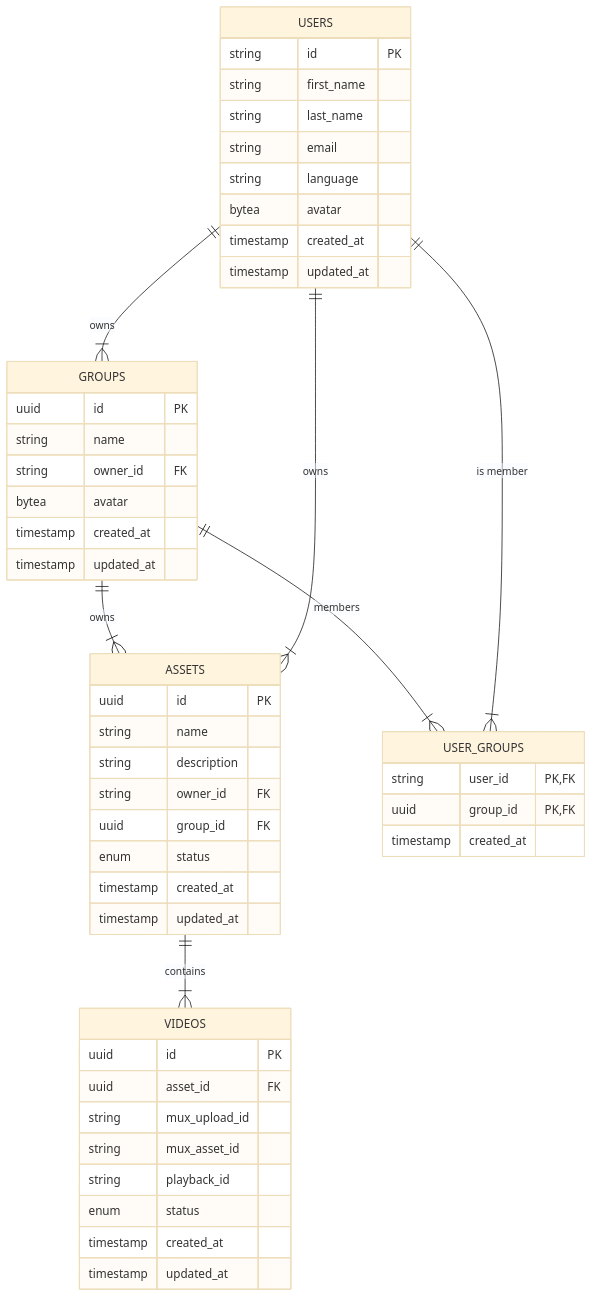
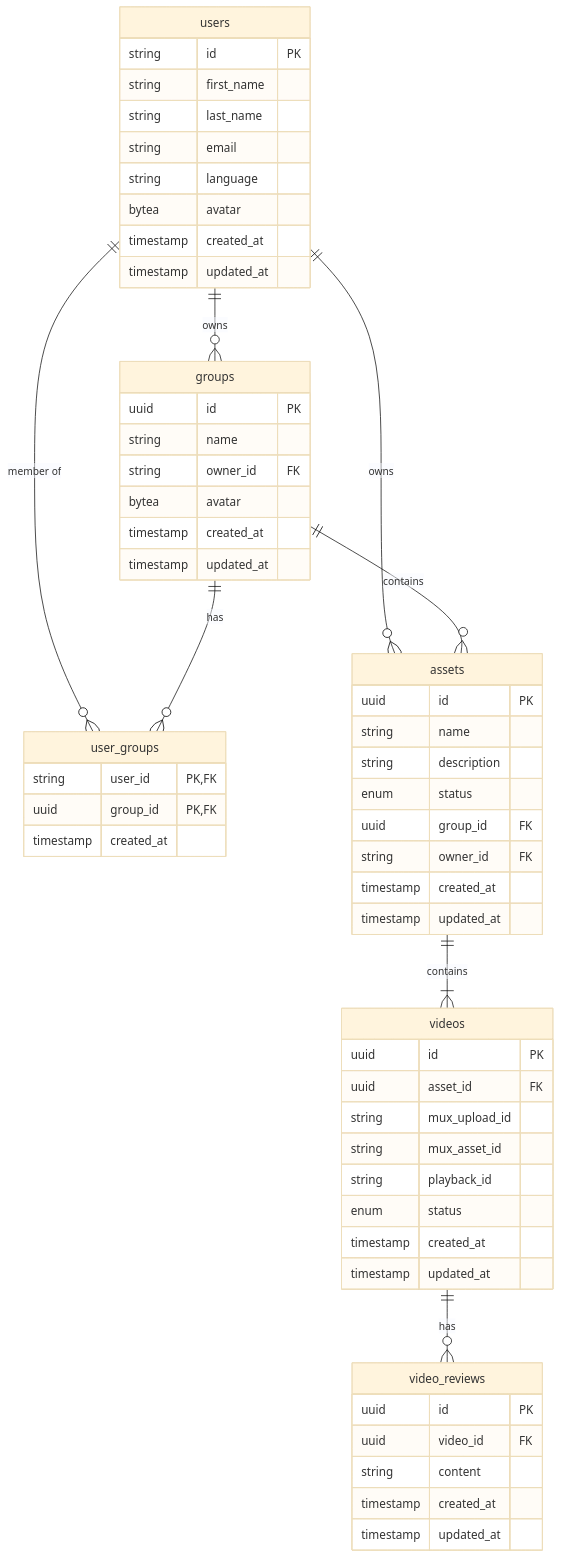
Before and after one commit to OZIOisgood/zeta: the fourth of 4 diagrams in README.md, drawn with Mermaid (base theme). The commit also changed other lines of this file and 24 other files, not shown here.

Commit message:
feat(reviews): implement video reviews feature

````diff
--- a/README.md
+++ b/README.md
@@ -165,53 +169,66 @@
 ```mermaid
 erDiagram
-    ASSETS ||--|{ VIDEOS : contains
-    GROUPS ||--|{ ASSETS : owns
-    GROUPS ||--|{ USER_GROUPS : members
-    USERS ||--|{ USER_GROUPS : "is member"
-    USERS ||--|{ GROUPS : "owns"
-    USERS ||--|{ ASSETS : "owns"
+    users ||--o{ groups : owns
+    users ||--o{ user_groups : "member of"
+    groups ||--o{ user_groups : has
+    users ||--o{ assets : owns
+    groups ||--o{ assets : contains
+    assets ||--|{ videos : contains
+    videos ||--o{ video_reviews : has
 
-    ASSETS {
+    users {
+        string id PK
+        string first_name
+        string last_name
+        string email
+        string language
+        bytea avatar
+        timestamp created_at
+        timestamp updated_at
+    }
+
+    groups {
+        uuid id PK
+        string name
+        string owner_id FK
+        bytea avatar
+        timestamp created_at
+        timestamp updated_at
+    }
+
+    user_groups {
+        string user_id PK, FK
+        uuid group_id PK, FK
+        timestamp created_at
+    }
+
+    assets {
         uuid id PK
         string name
         string description
+        enum status
+        uuid group_id FK
         string owner_id FK
-        uuid group_id FK
-        enum status
         timestamp created_at
         timestamp updated_at
     }
-    VIDEOS {
+
+    videos {
         uuid id PK
         uuid asset_id FK
         string mux_upload_id
         string mux_asset_id
         string playback_id
         enum status
         timestamp created_at
         timestamp updated_at
     }
-    GROUPS {
+
+    video_reviews {
         uuid id PK
-        string name
-        string owner_id FK
-        bytea avatar
-        timestamp created_at
-        timestamp updated_at
-    }
-    USER_GROUPS {
-        string user_id PK, FK
-        uuid group_id PK, FK
-        timestamp created_at
-    }
-    USERS {
-        string id PK
-        string first_name
-        string last_name
-        string email
-        string language
-        bytea avatar
+        uuid video_id FK
+        string content
         timestamp created_at
         timestamp updated_at
     }
 ```
````
